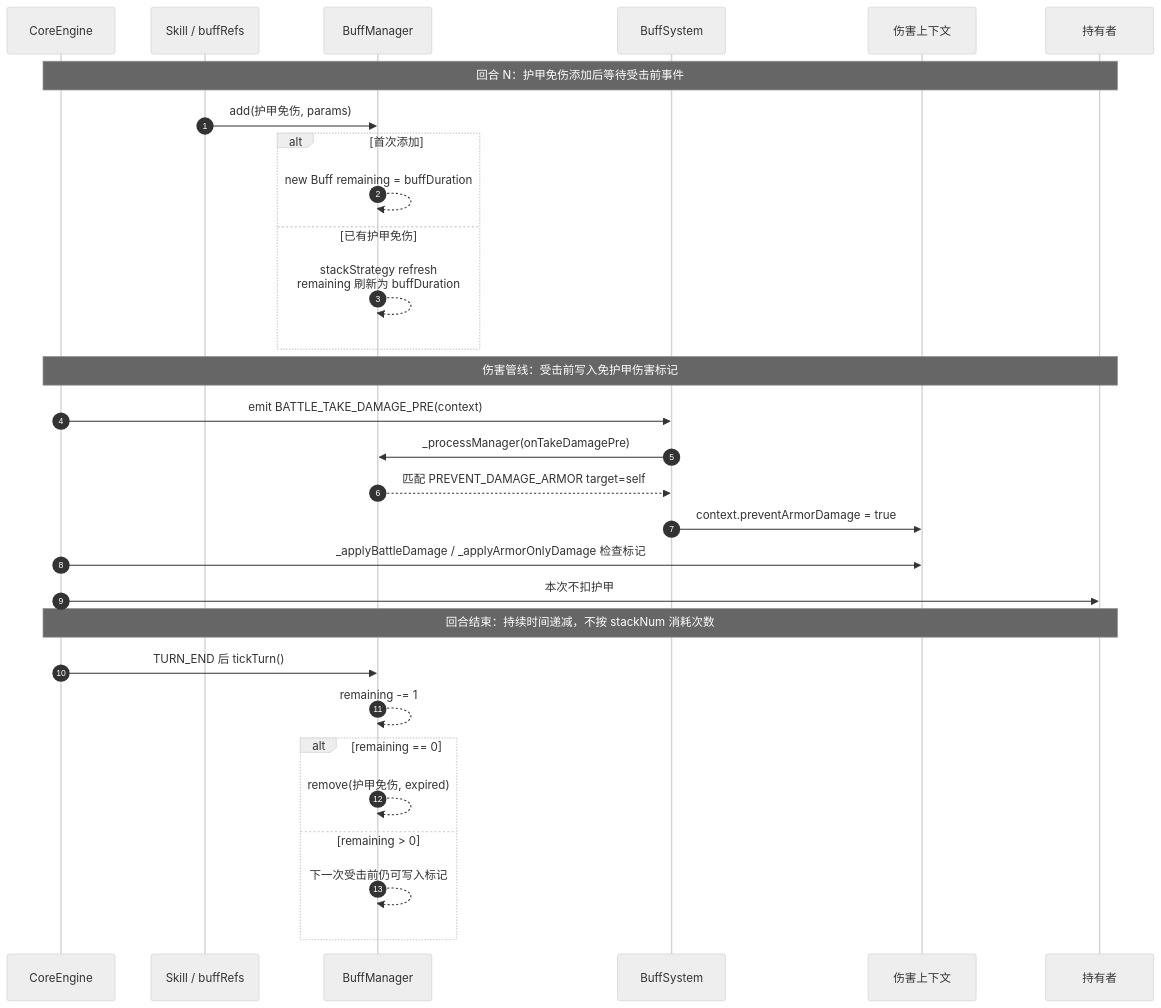
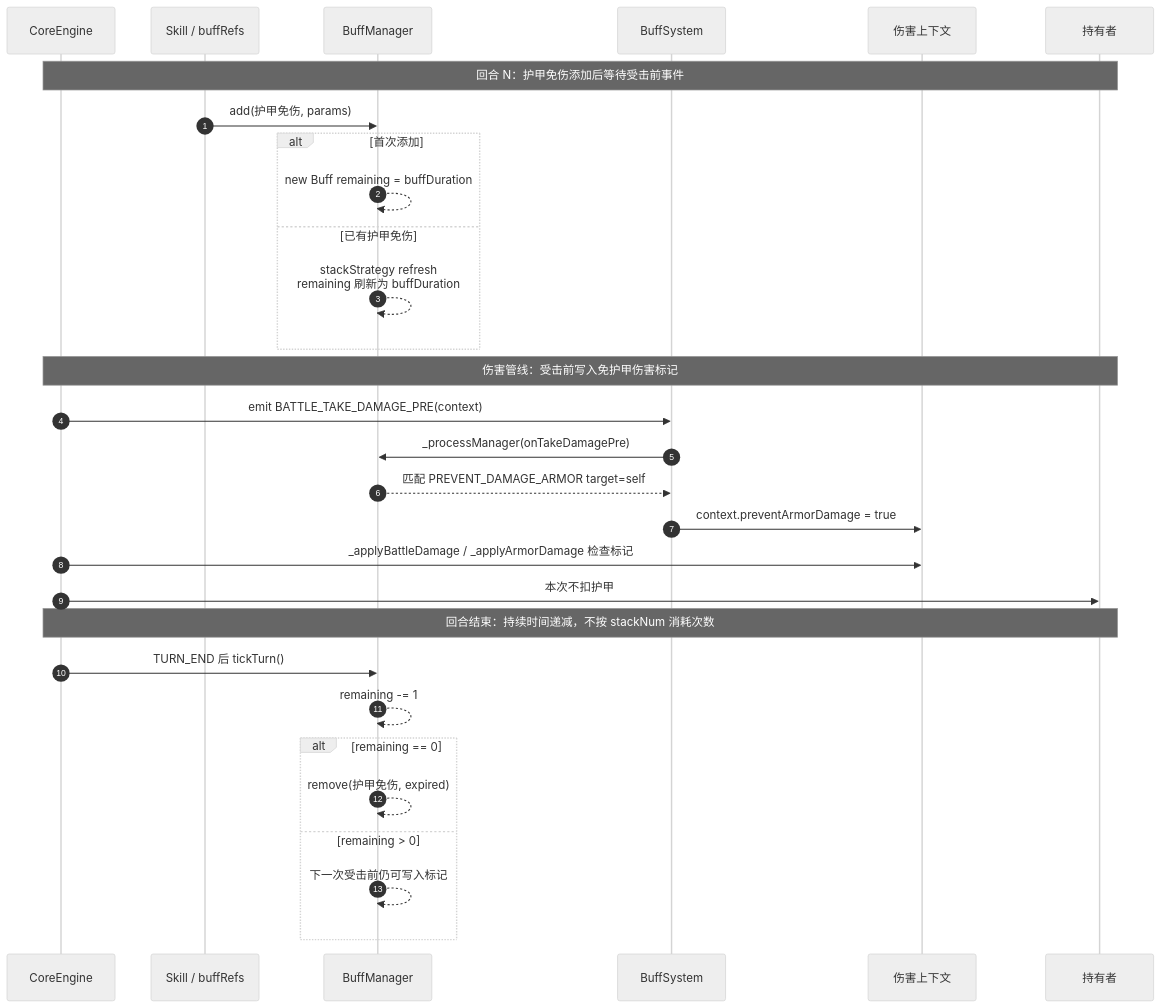
Before and after one commit to wgwtest/NodeConsoleApp2: diagram 15 of 22 in NodeConsoleApp2/DOC/CODEX_DOC/02_设计说明/S5_Buff系统与编辑器/09-Buff系统(buff_design)-设计说明.md, drawn with Mermaid (neutral theme). The commit also changed other lines of this file and 9 other files, not shown here.

Commit message:
fix: allow armor damage to overflow to hp

````diff
--- a/NodeConsoleApp2/DOC/CODEX_DOC/02_设计说明/S5_Buff系统与编辑器/09-Buff系统(buff_design)-设计说明.md
+++ b/NodeConsoleApp2/DOC/CODEX_DOC/02_设计说明/S5_Buff系统与编辑器/09-Buff系统(buff_design)-设计说明.md
@@ -1106,35 +1106,35 @@
 ```mermaid
 sequenceDiagram
   autonumber
   participant CE as CoreEngine
   participant Skill as Skill / buffRefs
   participant BM as BuffManager
   participant BS as BuffSystem
   participant Ctx as 伤害上下文
   participant Holder as 持有者
 
   Note over CE,Holder: 回合 N：护甲免伤添加后等待受击前事件
   Skill->>BM: add(护甲免伤, params)
   alt 首次添加
     BM-->>BM: new Buff remaining = buffDuration
   else 已有护甲免伤
     BM-->>BM: stackStrategy refresh<br/>remaining 刷新为 buffDuration
   end
 
   Note over CE,Holder: 伤害管线：受击前写入免护甲伤害标记
   CE->>BS: emit BATTLE_TAKE_DAMAGE_PRE(context)
   BS->>BM: _processManager(onTakeDamagePre)
   BM-->>BS: 匹配 PREVENT_DAMAGE_ARMOR target=self
   BS->>Ctx: context.preventArmorDamage = true
-  CE->>Ctx: _applyBattleDamage / _applyArmorOnlyDamage 检查标记
+  CE->>Ctx: _applyBattleDamage / _applyArmorDamage 检查标记
   CE->>Holder: 本次不扣护甲
 
   Note over CE,Holder: 回合结束：持续时间递减，不按 stackNum 消耗次数
   CE->>BM: TURN_END 后 tickTurn()
   BM-->>BM: remaining -= 1
   alt remaining == 0
     BM-->>BM: remove(护甲免伤, expired)
   else remaining > 0
     BM-->>BM: 下一次受击前仍可写入标记
   end
 ```
````
